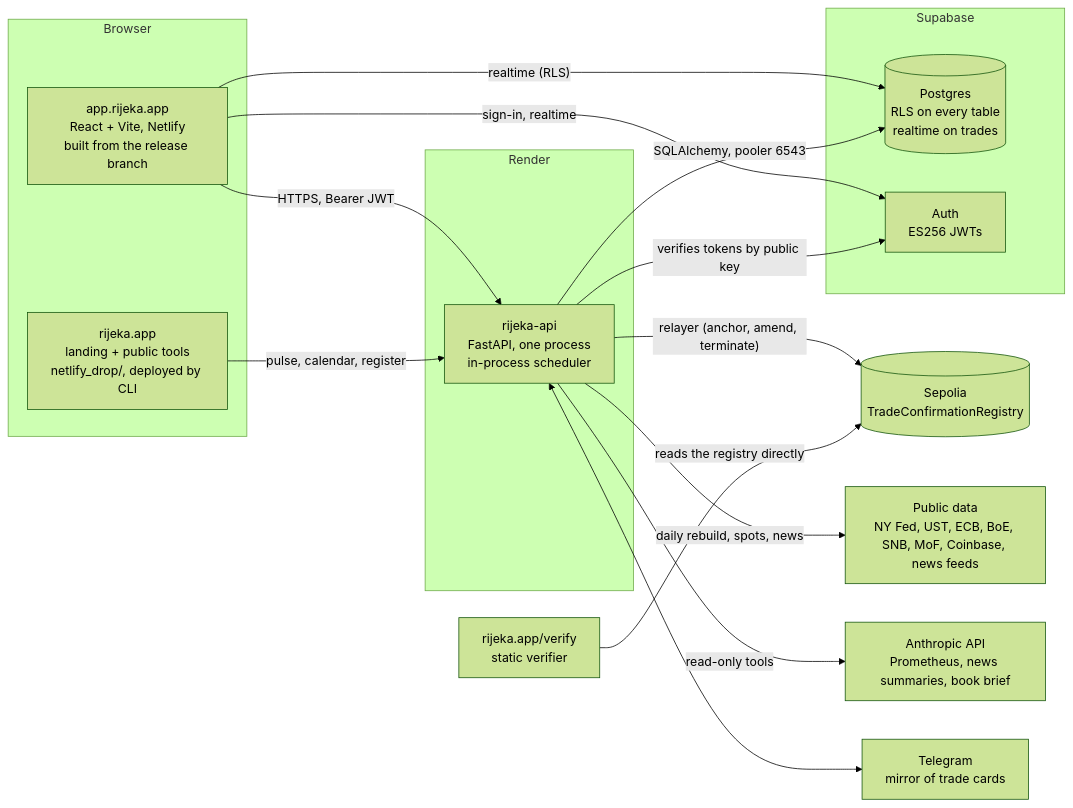
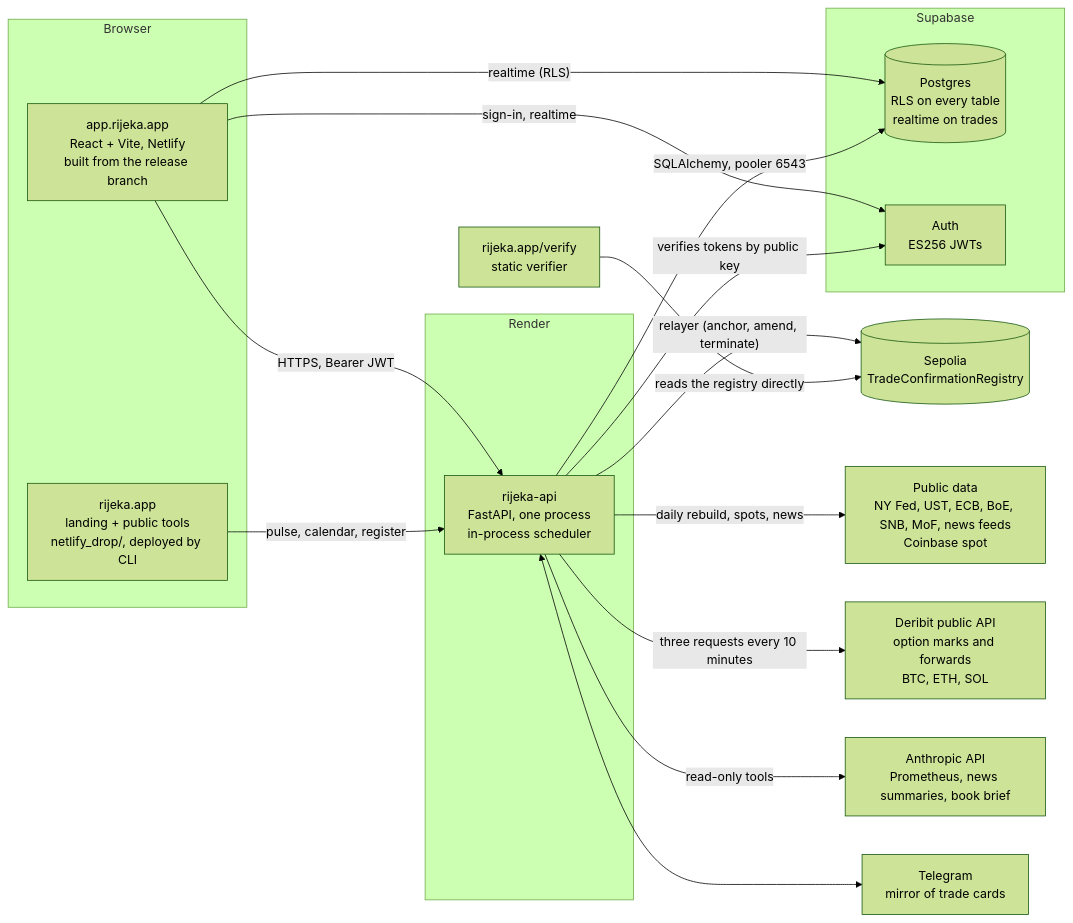
Before and after one commit to MikoDevedzic/rijeka: the diagram in docs/architecture.md, drawn with Mermaid (forest theme). The commit also changed other lines of this file and 28 other files, not shown here.

First line of the commit message:
Live digital-asset market data: option vols and forwards from Deribit's public marks, with their time on every ticket (0.12.0)

````diff
--- a/docs/architecture.md
+++ b/docs/architecture.md
@@ -7,29 +7,31 @@
 ```mermaid
 flowchart LR
   subgraph Browser
     APP[app.rijeka.app<br/>React + Vite, Netlify<br/>built from the release branch]
     LAND[rijeka.app<br/>landing + public tools<br/>netlify_drop/, deployed by CLI]
   end
   subgraph Render
     API[rijeka-api<br/>FastAPI, one process<br/>in-process scheduler]
   end
   subgraph Supabase
     PG[(Postgres<br/>RLS on every table<br/>realtime on trades)]
     AUTH[Auth<br/>ES256 JWTs]
   end
   CHAIN[(Sepolia<br/>TradeConfirmationRegistry)]
-  PUB[Public data<br/>NY Fed, UST, ECB, BoE, SNB, MoF, Coinbase, news feeds]
+  PUB[Public data<br/>NY Fed, UST, ECB, BoE, SNB, MoF, news feeds<br/>Coinbase spot]
+  VENUE[Deribit public API<br/>option marks and forwards<br/>BTC, ETH, SOL]
   ANTH[Anthropic API<br/>Prometheus, news summaries, book brief]
   TG[Telegram<br/>mirror of trade cards]
   APP -- "HTTPS, Bearer JWT" --> API
   APP -- "sign-in, realtime" --> AUTH
   APP -- "realtime (RLS)" --> PG
   API -- "SQLAlchemy, pooler 6543" --> PG
   API -- "verifies tokens by public key" --> AUTH
   API -- "relayer (anchor, amend, terminate)" --> CHAIN
   API -- "daily rebuild, spots, news" --> PUB
+  API -- "three requests every 10 minutes" --> VENUE
   API -- "read-only tools" --> ANTH
   API <--> TG
   LAND -- "pulse, calendar, register" --> API
   VERIFY[rijeka.app/verify<br/>static verifier] -- "reads the registry directly" --> CHAIN
 ```
````
